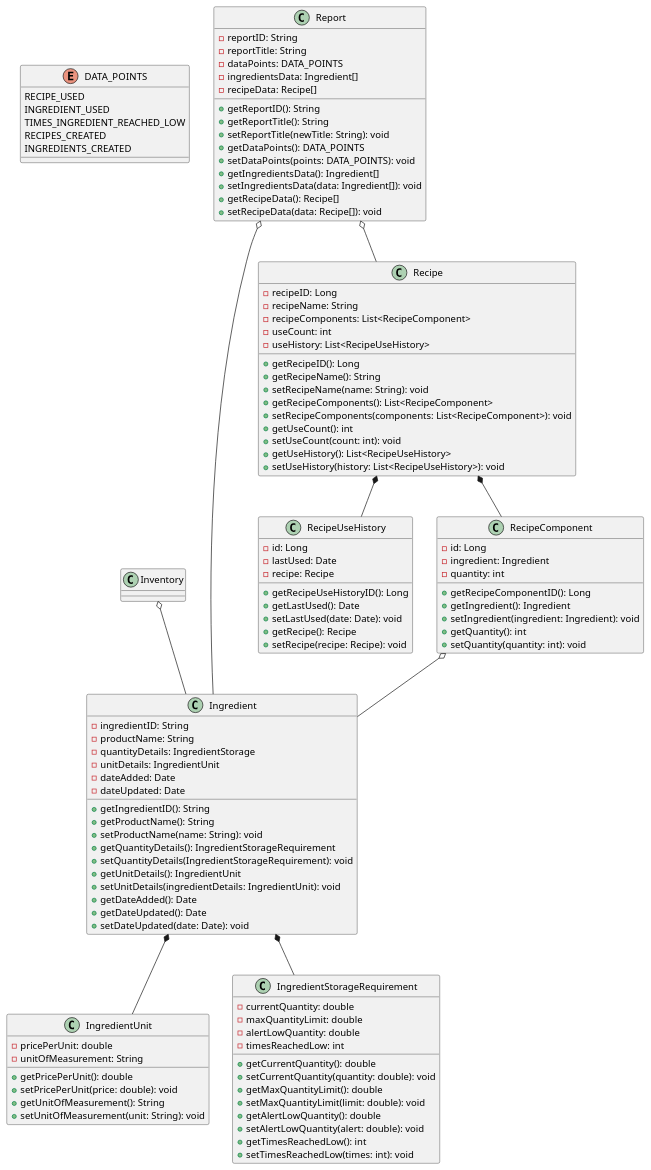
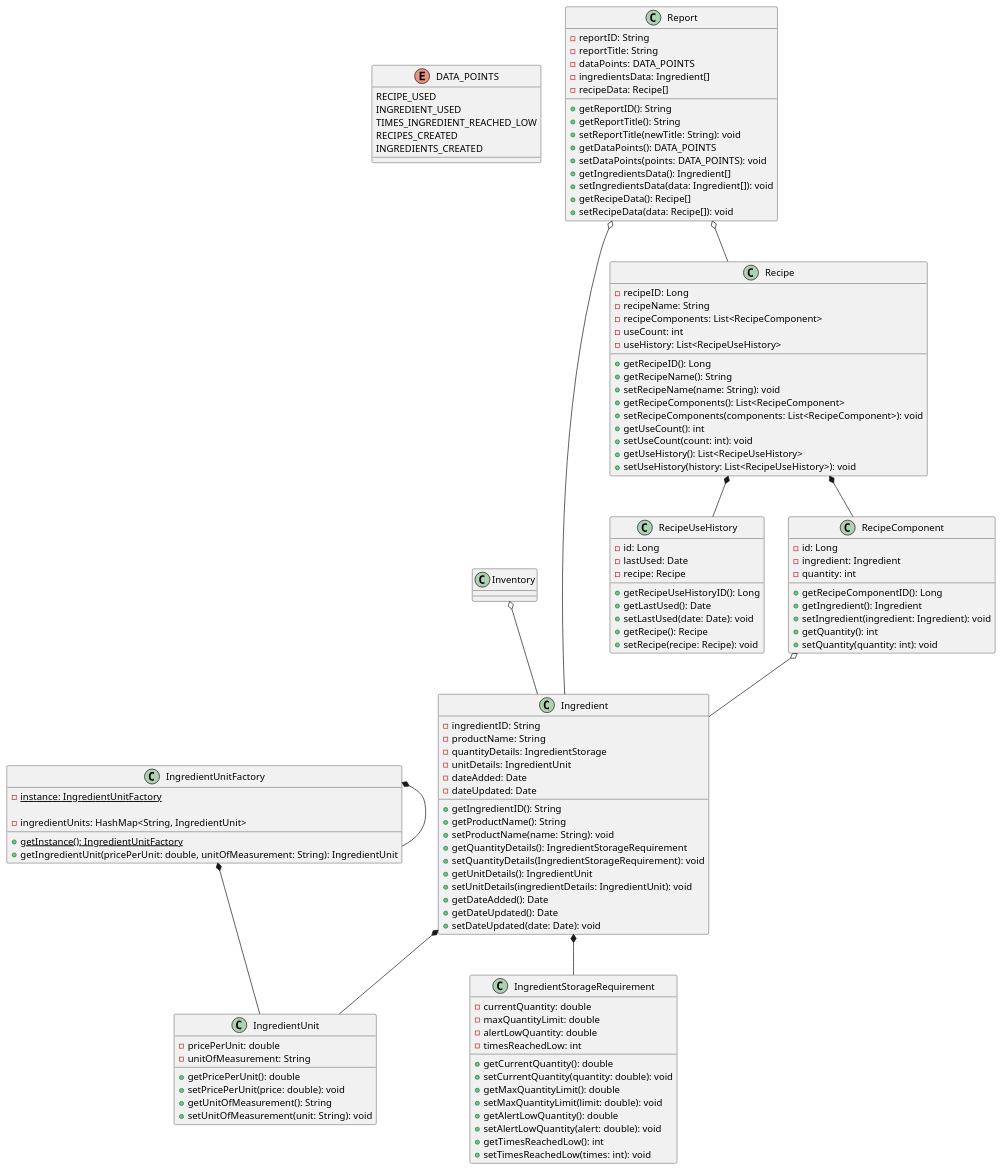
The diagram in backend/src/documentation/classDiagrams/EntitiesModels.puml (AlanCortez1337/cs5800-project), drawn with PlantUML before and after one commit. The commit also changed 3 other files, not shown here.

Commit message:
create flyweight for ingredient unit

```diff
--- a/backend/src/documentation/classDiagrams/EntitiesModels.puml
+++ b/backend/src/documentation/classDiagrams/EntitiesModels.puml
@@ -1,131 +1,142 @@
 @startuml
 'https://plantuml.com/class-diagram
 
 enum DATA_POINTS {
     RECIPE_USED
     INGREDIENT_USED
     TIMES_INGREDIENT_REACHED_LOW
     RECIPES_CREATED
     INGREDIENTS_CREATED
 }
 
 class Ingredient {
     - ingredientID: String
     - productName: String
     - quantityDetails: IngredientStorage
     - unitDetails: IngredientUnit
     - dateAdded: Date
     - dateUpdated: Date
 
     + getIngredientID(): String
     + getProductName(): String
     + setProductName(name: String): void
     + getQuantityDetails(): IngredientStorageRequirement
     + setQuantityDetails(IngredientStorageRequirement): void
     + getUnitDetails(): IngredientUnit
     + setUnitDetails(ingredientDetails: IngredientUnit): void
     + getDateAdded(): Date
     + getDateUpdated(): Date
     + setDateUpdated(date: Date): void
 }
 
 class IngredientUnit {
     - pricePerUnit: double
     - unitOfMeasurement: String
 
     + getPricePerUnit(): double
     + setPricePerUnit(price: double): void
     + getUnitOfMeasurement(): String
     + setUnitOfMeasurement(unit: String): void
 }
+
+class IngredientUnitFactory {
+    - {static} instance: IngredientUnitFactory
+    + {static} getInstance(): IngredientUnitFactory
+
+    - ingredientUnits: HashMap<String, IngredientUnit>
+    + getIngredientUnit(pricePerUnit: double, unitOfMeasurement: String): IngredientUnit
+}
+
+IngredientUnitFactory *-- IngredientUnitFactory
+IngredientUnitFactory *-- IngredientUnit
 
 class IngredientStorageRequirement {
     - currentQuantity: double
     - maxQuantityLimit: double
     - alertLowQuantity: double
     - timesReachedLow: int
 
     + getCurrentQuantity(): double
     + setCurrentQuantity(quantity: double): void
     + getMaxQuantityLimit(): double
     + setMaxQuantityLimit(limit: double): void
     + getAlertLowQuantity(): double
     + setAlertLowQuantity(alert: double): void
     + getTimesReachedLow(): int
     + setTimesReachedLow(times: int): void
 }
 
 Inventory o-- Ingredient
 Ingredient *-- IngredientStorageRequirement
 Ingredient *-- IngredientUnit
 
 class Recipe {
     - recipeID: Long
     - recipeName: String
     - recipeComponents: List<RecipeComponent>
     - useCount: int
     - useHistory: List<RecipeUseHistory>
 
     + getRecipeID(): Long
     + getRecipeName(): String
     + setRecipeName(name: String): void
     + getRecipeComponents(): List<RecipeComponent>
     + setRecipeComponents(components: List<RecipeComponent>): void
     + getUseCount(): int
     + setUseCount(count: int): void
     + getUseHistory(): List<RecipeUseHistory>
     + setUseHistory(history: List<RecipeUseHistory>): void
 }
 
 
 class RecipeUseHistory {
     - id: Long
     - lastUsed: Date
     - recipe: Recipe
 
     + getRecipeUseHistoryID(): Long
     + getLastUsed(): Date
     + setLastUsed(date: Date): void
     + getRecipe(): Recipe
     + setRecipe(recipe: Recipe): void
 }
 
 
 class RecipeComponent {
     - id: Long
     - ingredient: Ingredient
     - quantity: int
 
     + getRecipeComponentID(): Long
     + getIngredient(): Ingredient
     + setIngredient(ingredient: Ingredient): void
     + getQuantity(): int
     + setQuantity(quantity: int): void
 }
 
 Recipe *-- RecipeComponent
 Recipe *-- RecipeUseHistory
 RecipeComponent o-- Ingredient
 
 class Report {
     - reportID: String
     - reportTitle: String
     - dataPoints: DATA_POINTS
     - ingredientsData: Ingredient[]
     - recipeData: Recipe[]
 
     + getReportID(): String
     + getReportTitle(): String
     + setReportTitle(newTitle: String): void
     + getDataPoints(): DATA_POINTS
     + setDataPoints(points: DATA_POINTS): void
     + getIngredientsData(): Ingredient[]
     + setIngredientsData(data: Ingredient[]): void
     + getRecipeData(): Recipe[]
     + setRecipeData(data: Recipe[]): void
 }
 
 Report o-- Ingredient
 Report o-- Recipe
 
 @enduml
```
